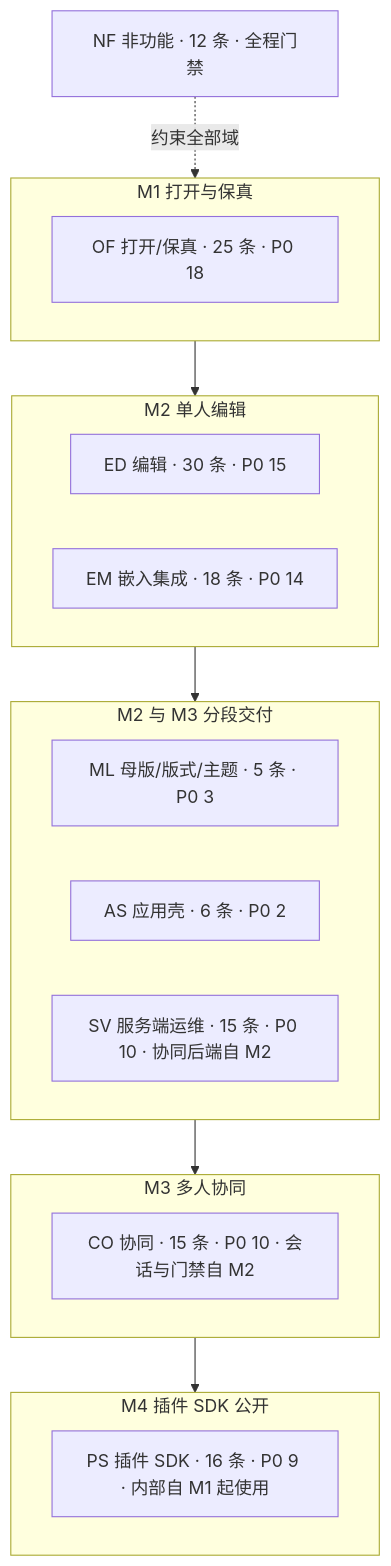
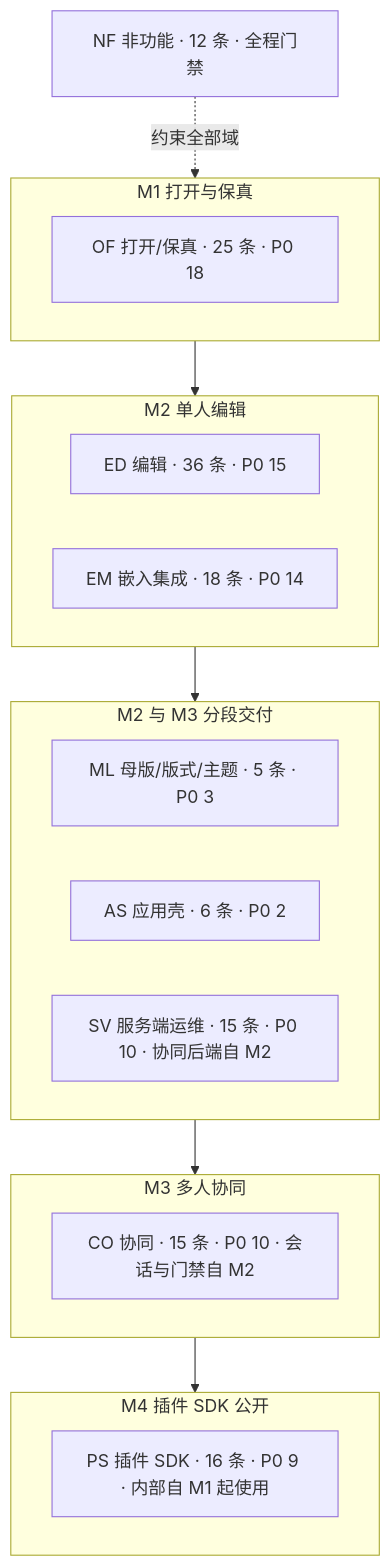
Before and after one commit to Xeonice/cordis-ppt-editor: the first of 3 diagrams in docs/10-prd/README.md, drawn with Mermaid. The commit also changed other lines of this file and 78 other files, not shown here.

````diff
--- a/docs/10-prd/README.md
+++ b/docs/10-prd/README.md
@@ -101,24 +101,24 @@
 ```mermaid
 flowchart TB
   subgraph m1["M1 打开与保真"]
     OF["OF 打开/保真 · 25 条 · P0 18"]
   end
   subgraph m2["M2 单人编辑"]
-    ED["ED 编辑 · 30 条 · P0 15"]
+    ED["ED 编辑 · 36 条 · P0 15"]
     EM["EM 嵌入集成 · 18 条 · P0 14"]
   end
   subgraph m23["M2 与 M3 分段交付"]
     ML["ML 母版/版式/主题 · 5 条 · P0 3"]
     AS["AS 应用壳 · 6 条 · P0 2"]
     SV["SV 服务端运维 · 15 条 · P0 10 · 协同后端自 M2"]
   end
   subgraph m3["M3 多人协同"]
     CO["CO 协同 · 15 条 · P0 10 · 会话与门禁自 M2"]
   end
   subgraph m4["M4 插件 SDK 公开"]
     PS["PS 插件 SDK · 16 条 · P0 9 · 内部自 M1 起使用"]
   end
   NF["NF 非功能 · 12 条 · 全程门禁"]
   m1 --> m2 --> m23 --> m3 --> m4
   NF -.->|"约束全部域"| m1
 ```
````
